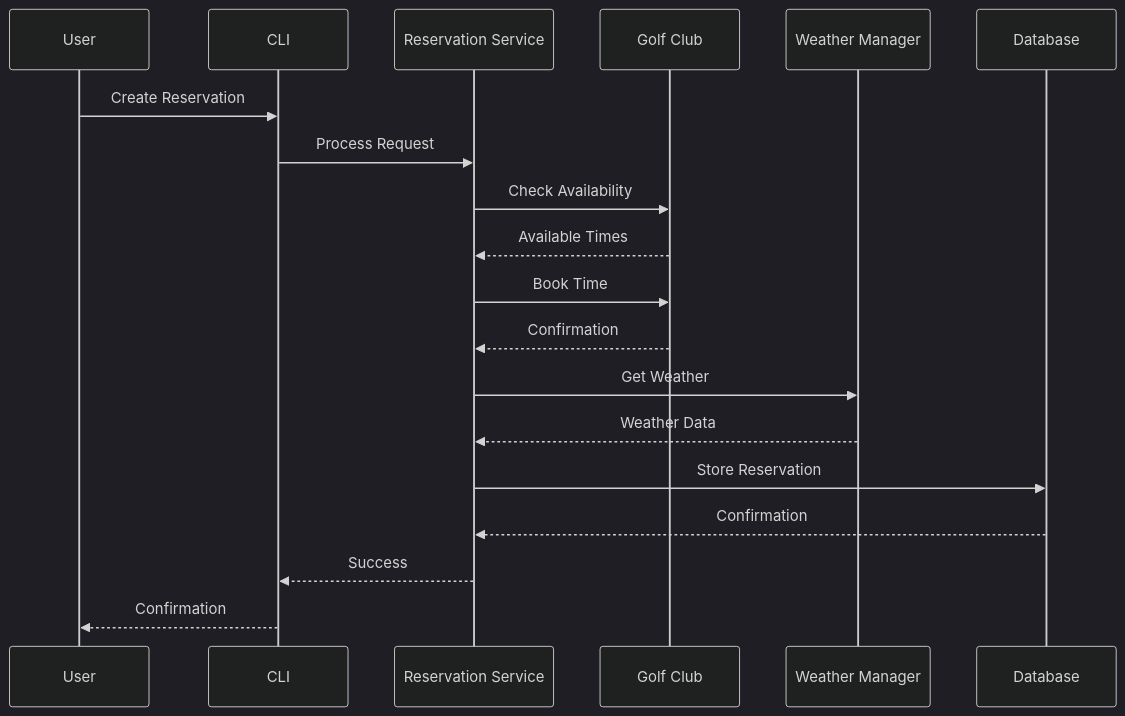
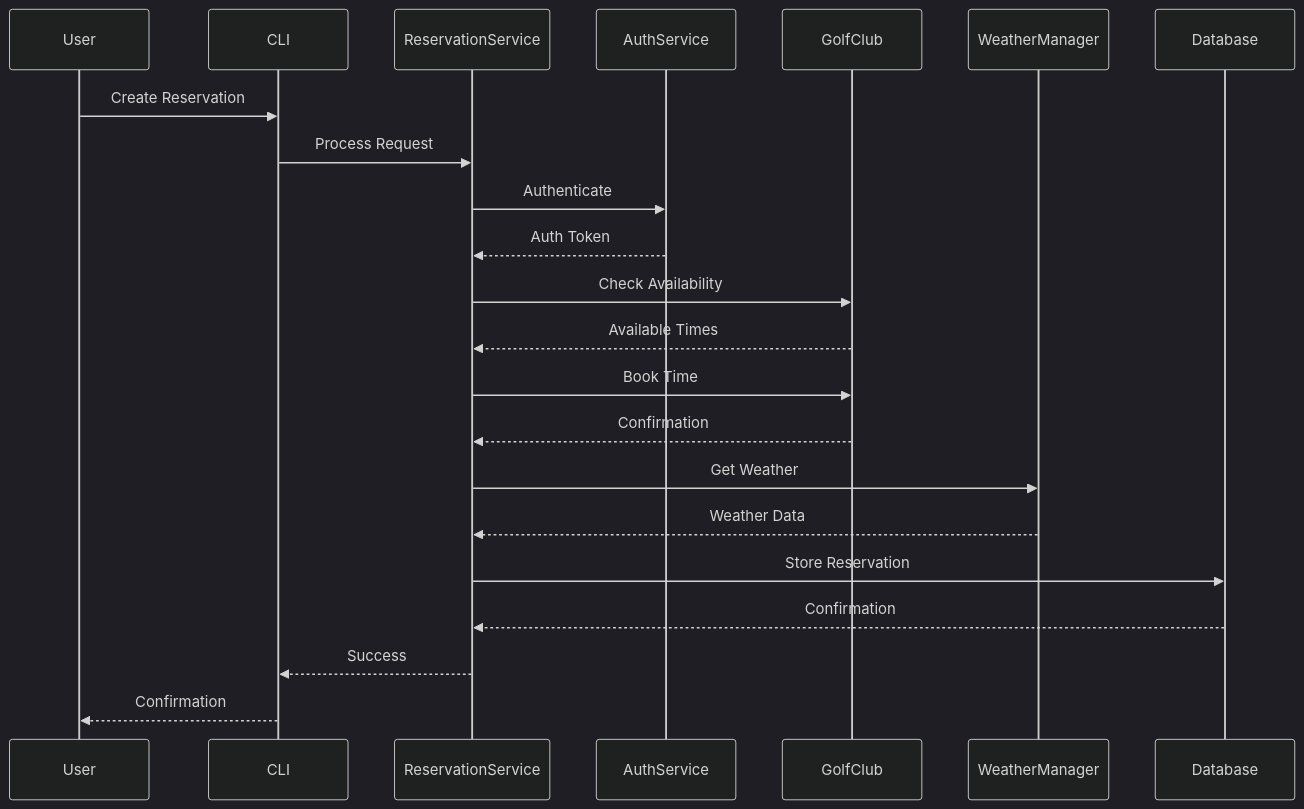
The second of 4 diagrams in docs/architecture/overview.md (nasula/golfcal2), drawn with Mermaid (dark theme) before and after one commit. The commit also changed other lines of this file and 1 other file, not shown here.

````diff
--- a/docs/architecture/overview.md
+++ b/docs/architecture/overview.md
@@ -64,22 +106,25 @@
 ```mermaid
 sequenceDiagram
     participant User
     participant CLI
-    participant RS as Reservation Service
-    participant GC as Golf Club
-    participant WM as Weather Manager
+    participant RS as ReservationService
+    participant AS as AuthService
+    participant GC as GolfClub
+    participant WM as WeatherManager
     participant DB as Database
 
     User->>CLI: Create Reservation
     CLI->>RS: Process Request
+    RS->>AS: Authenticate
+    AS-->>RS: Auth Token
     RS->>GC: Check Availability
     GC-->>RS: Available Times
     RS->>GC: Book Time
     GC-->>RS: Confirmation
     RS->>WM: Get Weather
     WM-->>RS: Weather Data
     RS->>DB: Store Reservation
     DB-->>RS: Confirmation
     RS-->>CLI: Success
     CLI-->>User: Confirmation
 ```
````
